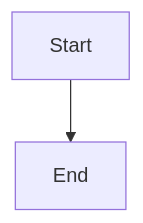
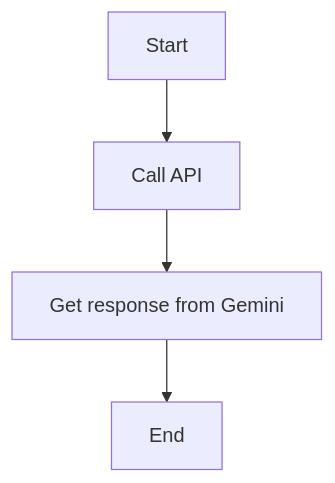
The diagram in design/userflow.md (abbasnadir/chatbot-backend), drawn with Mermaid before and after one commit. The commit also changed 3 other files, not shown here.

````diff
--- a/design/userflow.md
+++ b/design/userflow.md
@@ -1,7 +1,9 @@
 ```mermaid
 flowchart TD
     START["Start"]
 
     %% Design Flow
-    START --> END["End"]
+    START --> 1["Call API"]
+    1 --> 2["Get response from Gemini"]
+    2 --> END["End"]
 ```
````
